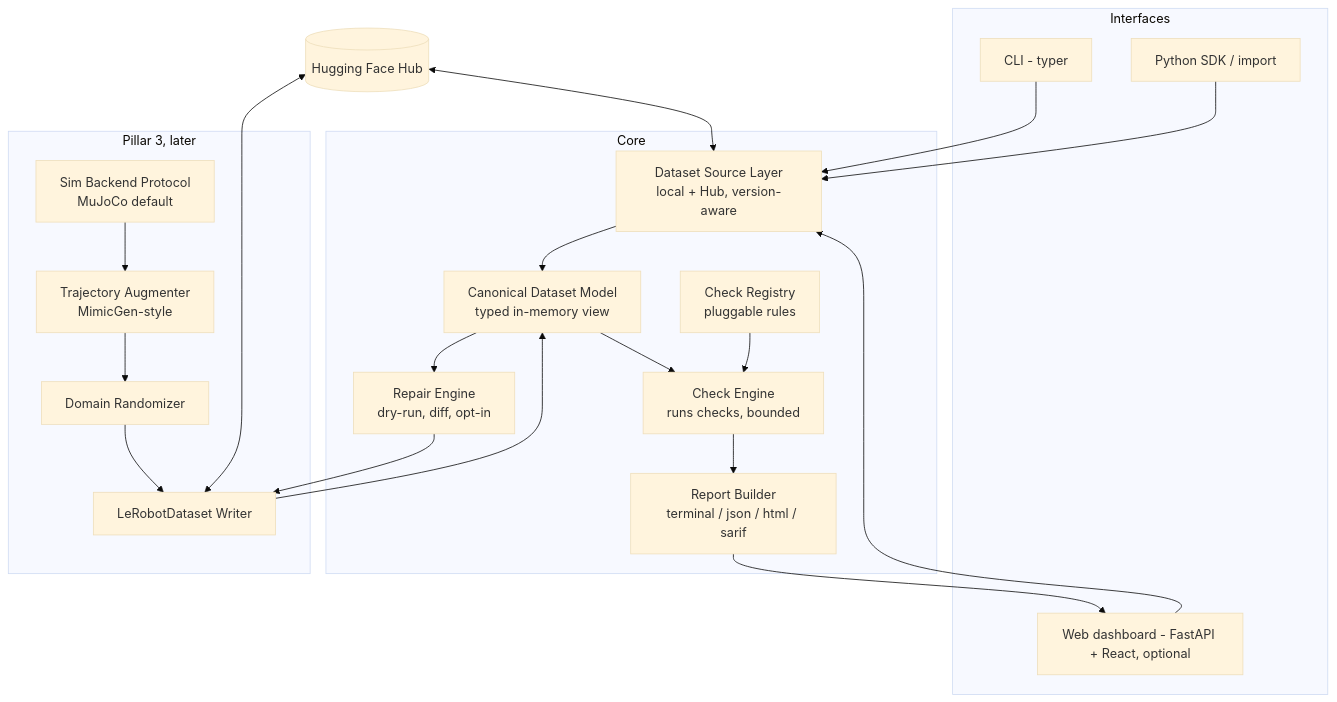
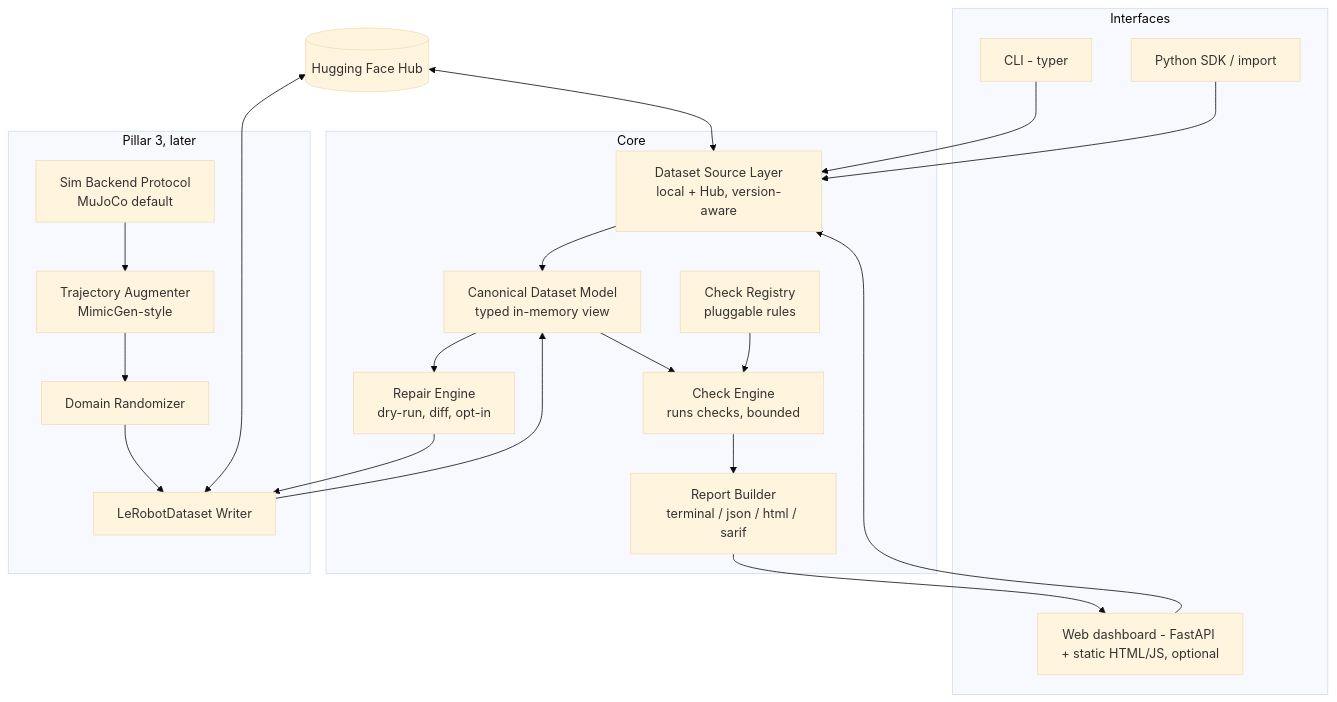
One commit to Kunal-Somani/trajlens changed the diagram in README.md. Above: the diagram before and after it, drawn with Mermaid (base theme). The commit also changed other lines of this file and 2 other files, not shown here.

````diff
--- a/README.md
+++ b/README.md
@@ -44,39 +69,39 @@
 ```mermaid
 graph TD
   subgraph Interfaces
     CLI[CLI - typer]
-    WEB[Web dashboard - FastAPI + React, optional]
+    WEB[Web dashboard - FastAPI + static HTML/JS, optional]
     SDK[Python SDK / import]
   end
 
   subgraph Core
     LOADER[Dataset Source Layer<br/>local + Hub, version-aware]
     MODEL[Canonical Dataset Model<br/>typed in-memory view]
     REGISTRY[Check Registry<br/>pluggable rules]
     ENGINE[Check Engine<br/>runs checks, bounded]
     REPORT[Report Builder<br/>terminal / json / html / sarif]
     REPAIR[Repair Engine<br/>dry-run, diff, opt-in]
   end
 
   subgraph Synthesis [Pillar 3, later]
     SIMBK[Sim Backend Protocol<br/>MuJoCo default]
     AUG[Trajectory Augmenter<br/>MimicGen-style]
     DR[Domain Randomizer]
     WRITER[LeRobotDataset Writer]
   end
 
   CLI --> LOADER
   WEB --> LOADER
   SDK --> LOADER
   LOADER --> MODEL
   MODEL --> ENGINE
   REGISTRY --> ENGINE
   ENGINE --> REPORT
   MODEL --> REPAIR
   REPAIR --> WRITER
   SIMBK --> AUG --> DR --> WRITER
   WRITER --> MODEL
   REPORT --> WEB
   HUB[(Hugging Face Hub)] <--> LOADER
   HUB <--> WRITER
 ```
````
